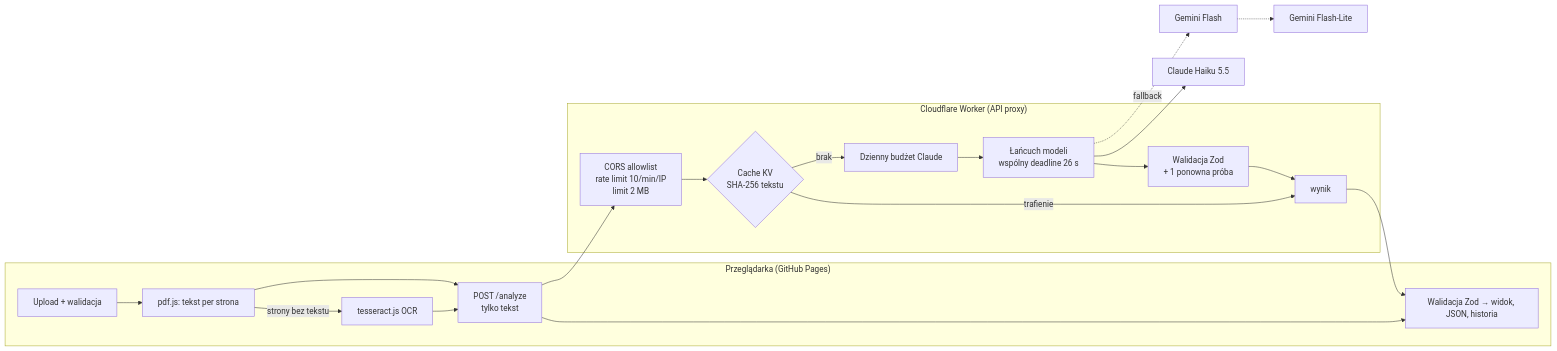
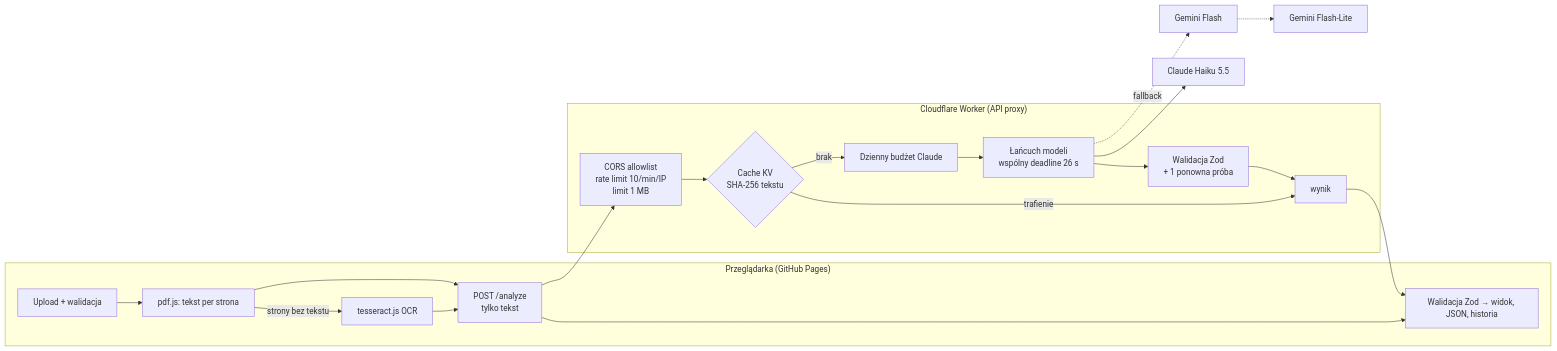
The diagram in README.md (kqjqxb/Greywolf-Group-test-task), drawn with Mermaid before and after one commit. The commit also changed other lines of this file and 3 other files, not shown here.

````diff
--- a/README.md
+++ b/README.md
@@ -41,22 +41,22 @@
 ```mermaid
 flowchart LR
   subgraph Browser["Przeglądarka (GitHub Pages)"]
     U[Upload + walidacja] --> P[pdf.js: tekst per strona]
     P -->|strony bez tekstu| O[tesseract.js OCR]
     P --> R[POST /analyze<br/>tylko tekst]
     O --> R
     R --> V[Walidacja Zod → widok, JSON, historia]
   end
   subgraph Worker["Cloudflare Worker (API proxy)"]
-    C[CORS allowlist<br/>rate limit 10/min/IP<br/>limit 2 MB] --> K{Cache KV<br/>SHA-256 tekstu}
+    C[CORS allowlist<br/>rate limit 10/min/IP<br/>limit 1 MB] --> K{Cache KV<br/>SHA-256 tekstu}
     K -->|trafienie| OUT[wynik]
     K -->|brak| B[Dzienny budżet Claude]
     B --> L[Łańcuch modeli<br/>wspólny deadline 26 s]
     L --> Z[Walidacja Zod<br/>+ 1 ponowna próba]
     Z --> OUT
   end
   R --> C
   L --> A1[Claude Haiku 5.5]
   L -.fallback.-> G1[Gemini Flash] -.-> G2[Gemini Flash-Lite]
   OUT --> V
 ```
````
